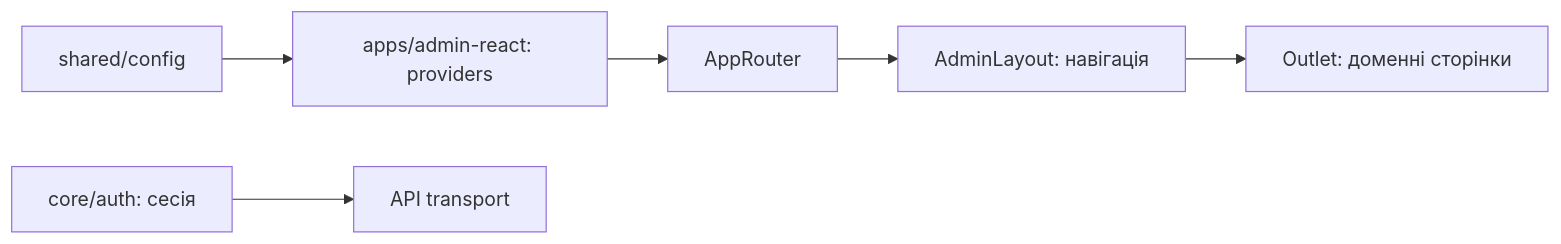
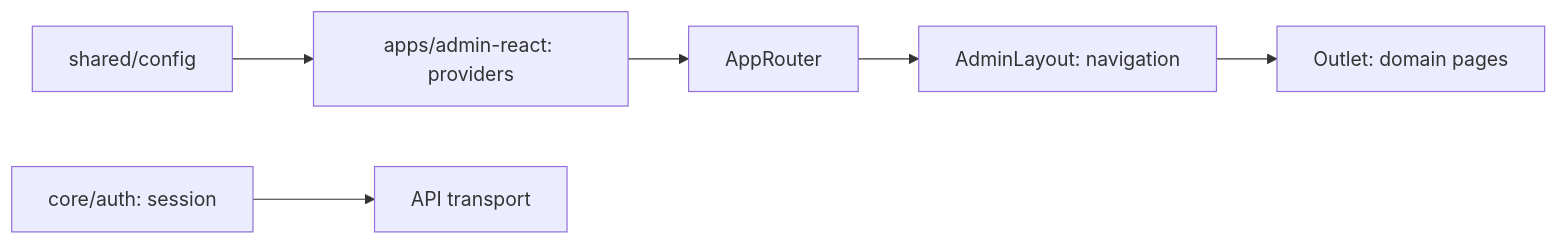
Before and after one commit to Weretik/brevi-web: the diagram in docs/features/admin/shell.md, drawn with Mermaid. The commit also changed other lines of this file and 52 other files, not shown here.

Commit message:
docs(frontend): reconcile architecture and feature guidance

````diff
--- a/docs/features/admin/shell.md
+++ b/docs/features/admin/shell.md
@@ -9,8 +14,8 @@
 ```mermaid
 flowchart LR
   App["apps/admin-react: providers"] --> Router["AppRouter"]
-  Router --> Layout["AdminLayout: навігація"]
-  Layout --> Outlet["Outlet: доменні сторінки"]
-  Auth["core/auth: сесія"] --> Transport["API transport"]
+  Router --> Layout["AdminLayout: navigation"]
+  Layout --> Outlet["Outlet: domain pages"]
+  Auth["core/auth: session"] --> Transport["API transport"]
   Config["shared/config"] --> App
 ```
````
